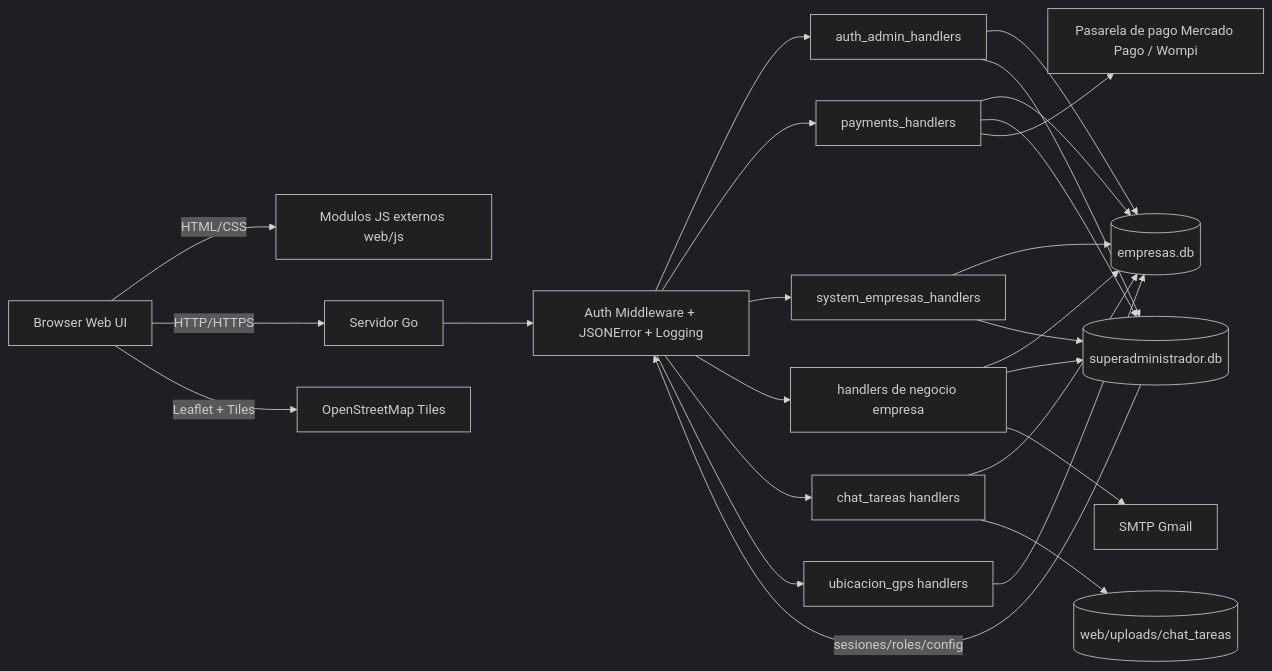
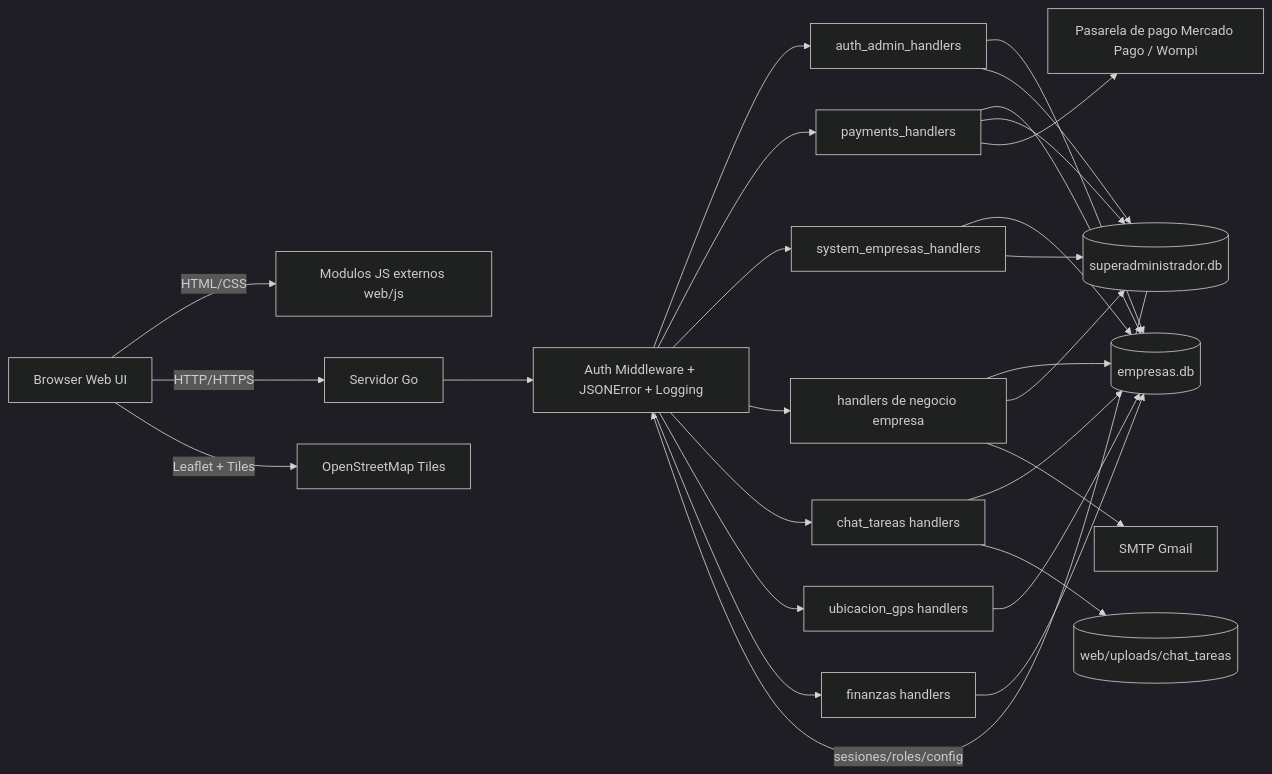
The diagram in documentos/diagramas/diagrama_arquitectura_sistema.md (powerfulcontrolsystem1/powerfulcontrolsystem), drawn with Mermaid (dark theme) before and after one commit. The commit also changed other lines of this file and 31 other files, not shown here.

````diff
--- a/documentos/diagramas/diagrama_arquitectura_sistema.md
+++ b/documentos/diagramas/diagrama_arquitectura_sistema.md
@@ -5,47 +5,50 @@
 ```mermaid
 flowchart LR
     U[Browser Web UI]
     JS[Modulos JS externos web/js]
     S[Servidor Go]
     M[Auth Middleware + JSONError + Logging]
     H1[auth_admin_handlers]
     H2[payments_handlers]
     H3[system_empresas_handlers]
     H4[handlers de negocio empresa]
     H5[chat_tareas handlers]
     H6[ubicacion_gps handlers]
+    H7[finanzas handlers]
     DB1[(empresas.db)]
     DB2[(superadministrador.db)]
     FS[(web/uploads/chat_tareas)]
     OSM[OpenStreetMap Tiles]
     SMTP[SMTP Gmail]
     MP[Pasarela de pago Mercado Pago / Wompi]
 
     U -->|HTML/CSS| JS
     U -->|HTTP/HTTPS| S
     S --> M
     M --> H1
     M --> H2
     M --> H3
     M --> H4
     M --> H5
     M --> H6
+    M --> H7
 
     U -->|Leaflet + Tiles| OSM
 
     H1 --> DB1
     H1 --> DB2
     H2 --> DB1
     H2 --> DB2
     H2 --> MP
     H3 --> DB1
     H3 --> DB2
     H4 --> DB1
     H4 --> DB2
     H4 --> SMTP
     H5 --> DB1
     H5 --> FS
     H6 --> DB1
+    H7 --> DB1
 
     DB2 -->|sesiones/roles/config| M
 ```
````
